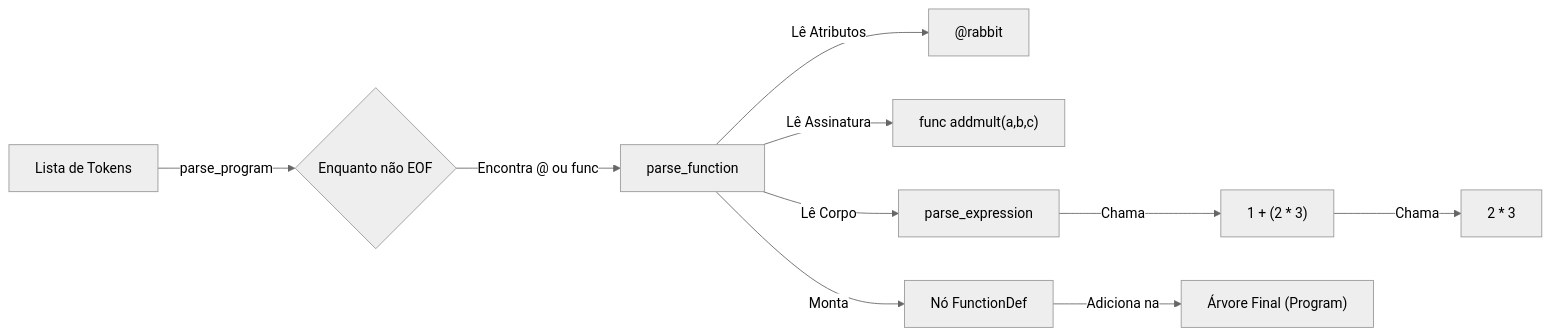
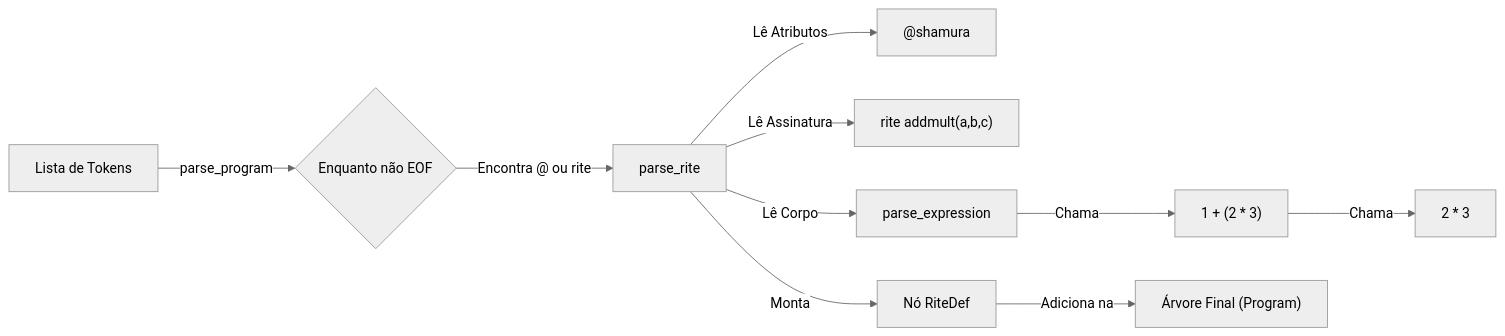
Before and after one commit to EduLoboM/OldFaith: the second of 3 diagrams in documentation/parser.md, drawn with Mermaid (neutral theme). The commit also changed other lines of this file and 14 other files, not shown here.

````diff
--- a/documentation/parser.md
+++ b/documentation/parser.md
@@ -24,15 +24,15 @@
 ``` mermaid
 graph LR
     Input[Lista de Tokens] -->|parse_program| Loop{Enquanto não EOF}
-    Loop -->|Encontra @ ou func| Func[parse_function]
+    Loop -->|Encontra @ ou rite| Func[parse_rite]
     
-    Func -->|Lê Atributos| AttrList["@rabbit"]
-    Func -->|Lê Assinatura| Sig["func addmult(a,b,c)"]
+    Func -->|Lê Atributos| AttrList["@shamura"]
+    Func -->|Lê Assinatura| Sig["rite addmult(a,b,c)"]
     Func -->|Lê Corpo| Expr[parse_expression]
     
     Expr -->|Chama| Additive["1 + (2 * 3)"]
     Additive -->|Chama| Term[2 * 3]
     
-    Func -->|Monta| Node[Nó FunctionDef]
+    Func -->|Monta| Node[Nó RiteDef]
     Node -->|Adiciona na| AST["Árvore Final (Program)"]
 ```
````
